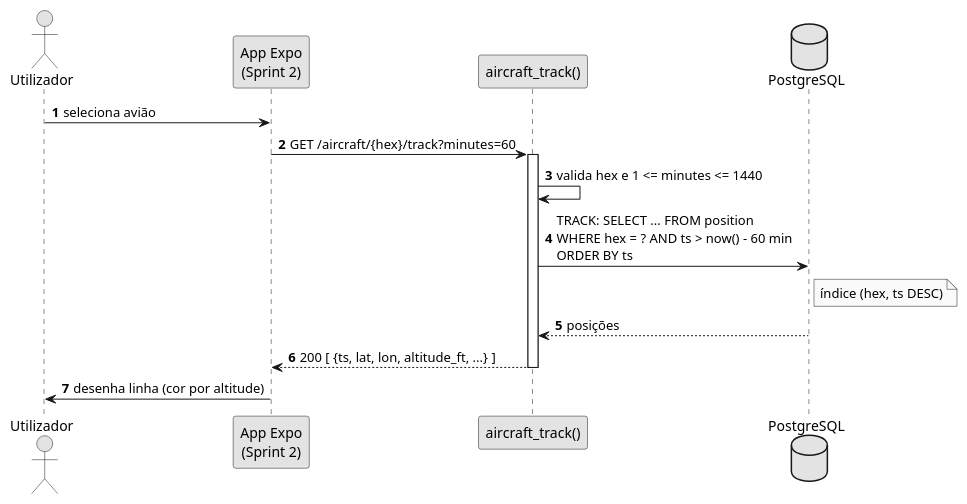
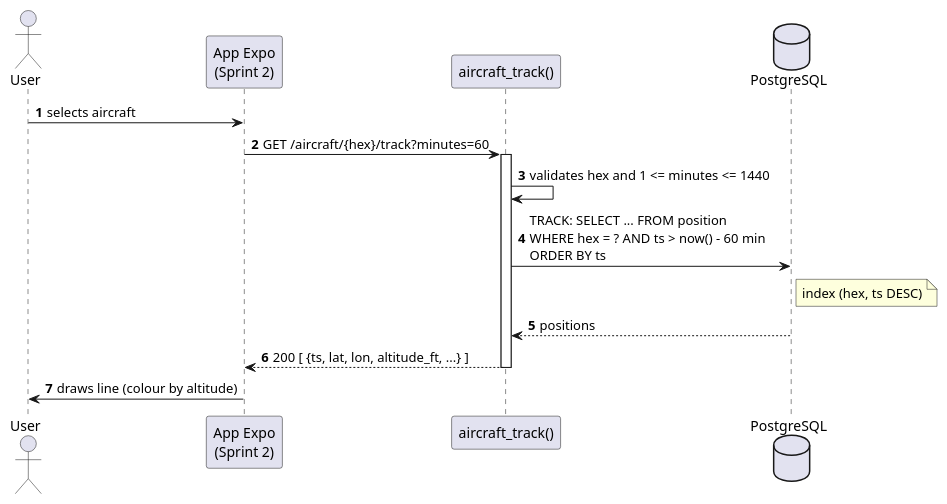
Before and after one commit to miguelsiilva1/SkyTracer: the diagram in docs/system-documentation/use-cases/US10/puml/sd_us10.puml, drawn with PlantUML. The commit also changed 42 other files, not shown here.

```diff
--- a/docs/system-documentation/use-cases/US10/puml/sd_us10.puml
+++ b/docs/system-documentation/use-cases/US10/puml/sd_us10.puml
@@ -1,19 +1,18 @@
 @startuml
 autonumber
-skinparam monochrome true
-actor "Utilizador" as U
+actor "User" as U
 participant "App Expo\n(Sprint 2)" as App
 participant "aircraft_track()" as API
 database "PostgreSQL" as DB
 
-U -> App : seleciona avião
+U -> App : selects aircraft
 App -> API : GET /aircraft/{hex}/track?minutes=60
 activate API
-API -> API : valida hex e 1 <= minutes <= 1440
+API -> API : validates hex and 1 <= minutes <= 1440
 API -> DB : TRACK: SELECT ... FROM position\nWHERE hex = ? AND ts > now() - 60 min\nORDER BY ts
-note right of DB : índice (hex, ts DESC)
-DB --> API : posições
+note right of DB : index (hex, ts DESC)
+DB --> API : positions
 API --> App : 200 [ {ts, lat, lon, altitude_ft, ...} ]
 deactivate API
-App -> U : desenha linha (cor por altitude)
+App -> U : draws line (colour by altitude)
 @enduml
```
